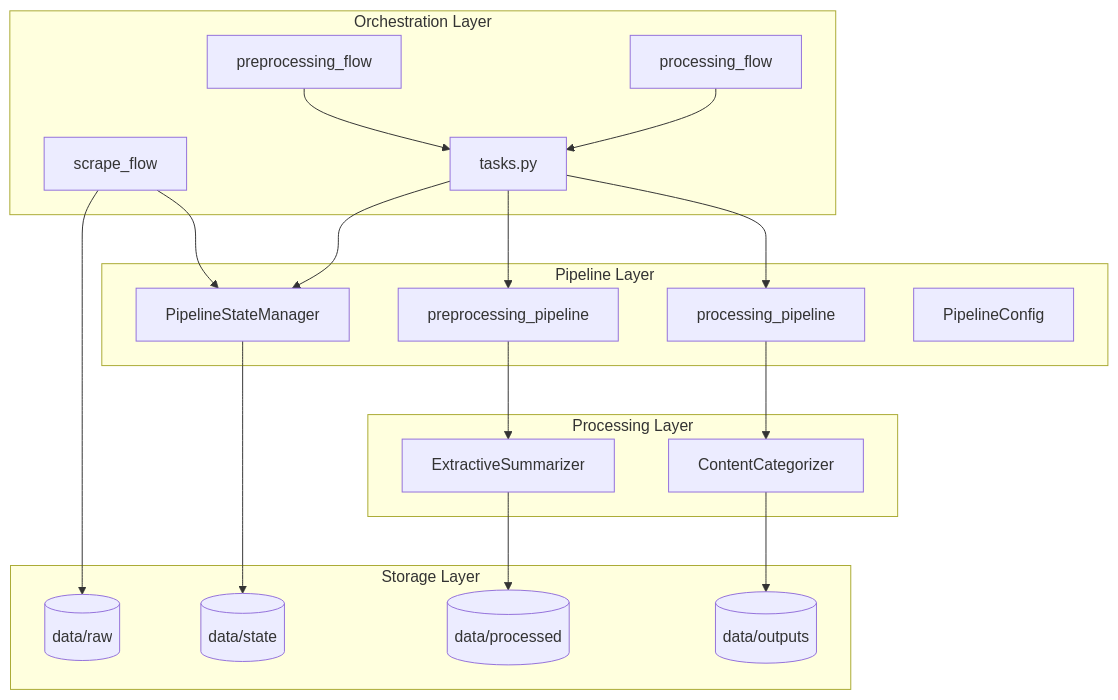
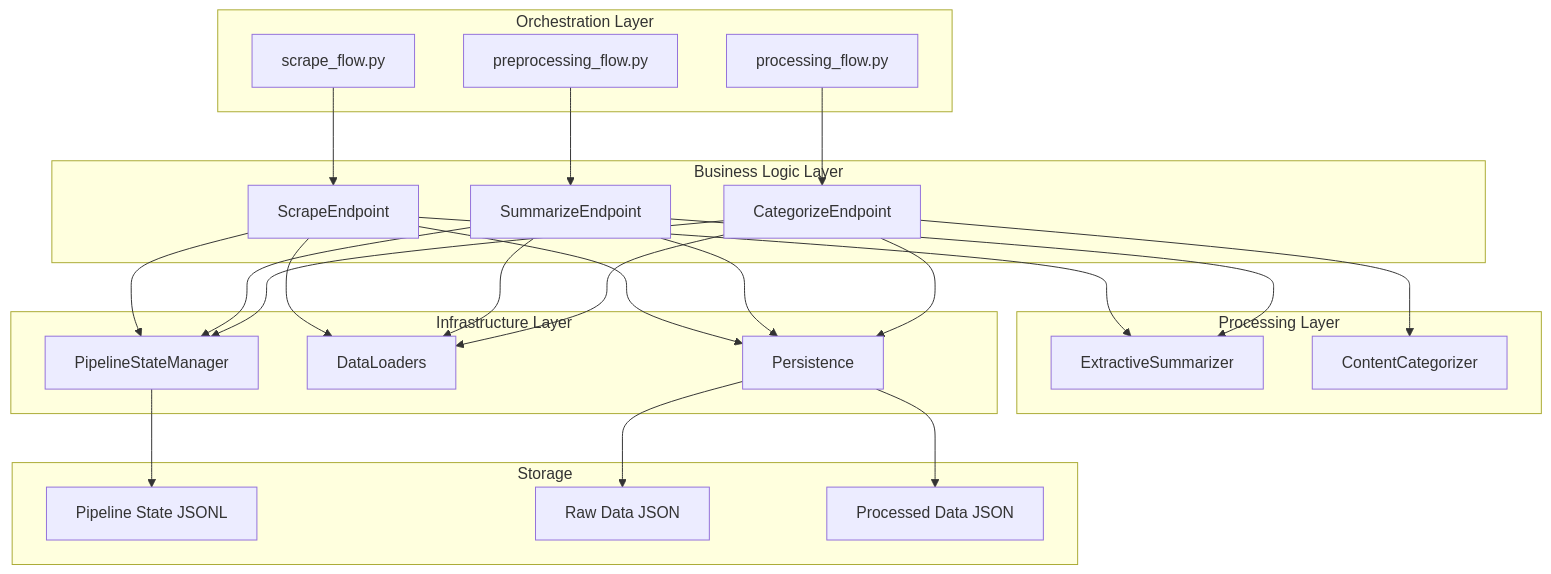
The first of 4 diagrams in documentation/architecture.md (dmitriyratu/DiscourseKG), drawn with Mermaid before and after one commit. The commit also changed other lines of this file and 20 other files, not shown here.

First line of the commit message:
refactor: update architecture documentation and streamline flow tasks

````diff
--- a/documentation/architecture.md
+++ b/documentation/architecture.md
@@ -24,41 +20,55 @@
 ```mermaid
 graph TB
     subgraph "Orchestration Layer"
-        SF[scrape_flow]
-        PF[preprocessing_flow]
-        CF[processing_flow]
-        T[tasks.py]
+        SF[scrape_flow.py]
+        PF[preprocessing_flow.py]
+        CF[processing_flow.py]
     end
     
-    subgraph "Pipeline Layer"
-        PSM[PipelineStateManager]
-        PPP[preprocessing_pipeline]
-        PCP[processing_pipeline]
-        PC[PipelineConfig]
+    subgraph "Business Logic Layer"
+        SE[ScrapeEndpoint]
+        SUE[SummarizeEndpoint]
+        CE[CategorizeEndpoint]
     end
     
     subgraph "Processing Layer"
         ES[ExtractiveSummarizer]
         CC[ContentCategorizer]
     end
     
-    subgraph "Storage Layer"
-        RAW[(data/raw)]
-        STATE[(data/state)]
-        PROC[(data/processed)]
-        OUT[(data/outputs)]
+    subgraph "Infrastructure Layer"
+        PSM[PipelineStateManager]
+        DL[DataLoaders]
+        P[Persistence]
     end
     
-    SF --> RAW
-    SF --> PSM
-    PF --> T
-    CF --> T
-    T --> PSM
-    T --> PPP
-    T --> PCP
-    PPP --> ES
-    PCP --> CC
-    PSM --> STATE
-    ES --> PROC
-    CC --> OUT
+    subgraph "Storage"
+        JSONL[Pipeline State JSONL]
+        RAW[Raw Data JSON]
+        PROC[Processed Data JSON]
+    end
+    
+    SF --> SE
+    PF --> SUE
+    CF --> CE
+    
+    SE --> ES
+    SUE --> ES
+    CE --> CC
+    
+    SE --> PSM
+    SUE --> PSM
+    CE --> PSM
+    
+    SE --> DL
+    SUE --> DL
+    CE --> DL
+    
+    SE --> P
+    SUE --> P
+    CE --> P
+    
+    PSM --> JSONL
+    P --> RAW
+    P --> PROC
 ```
````
